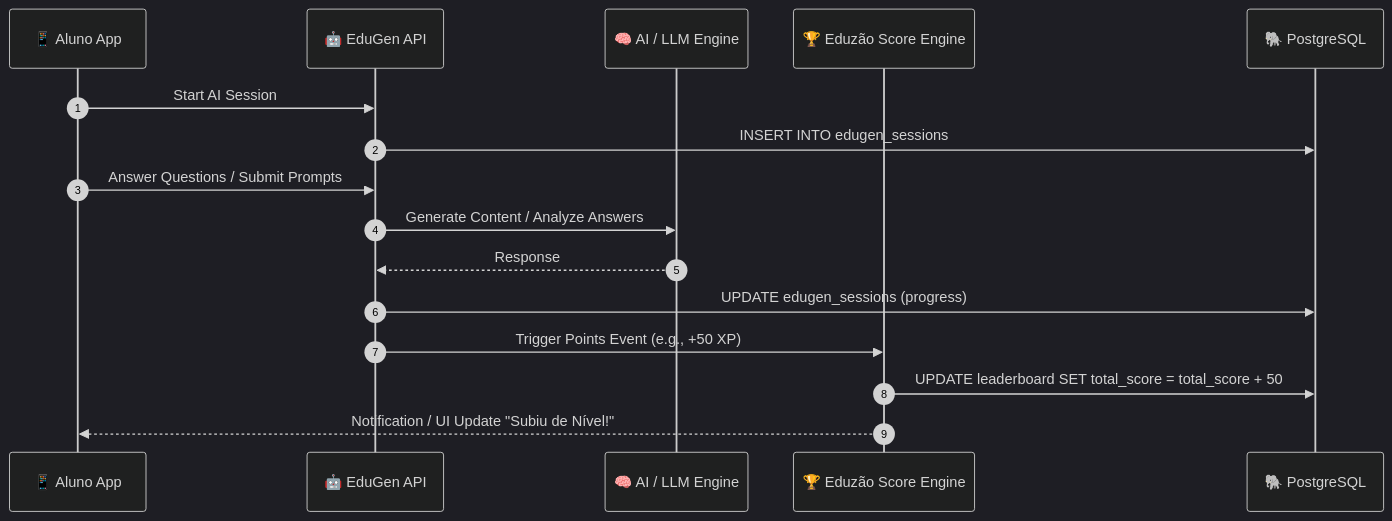
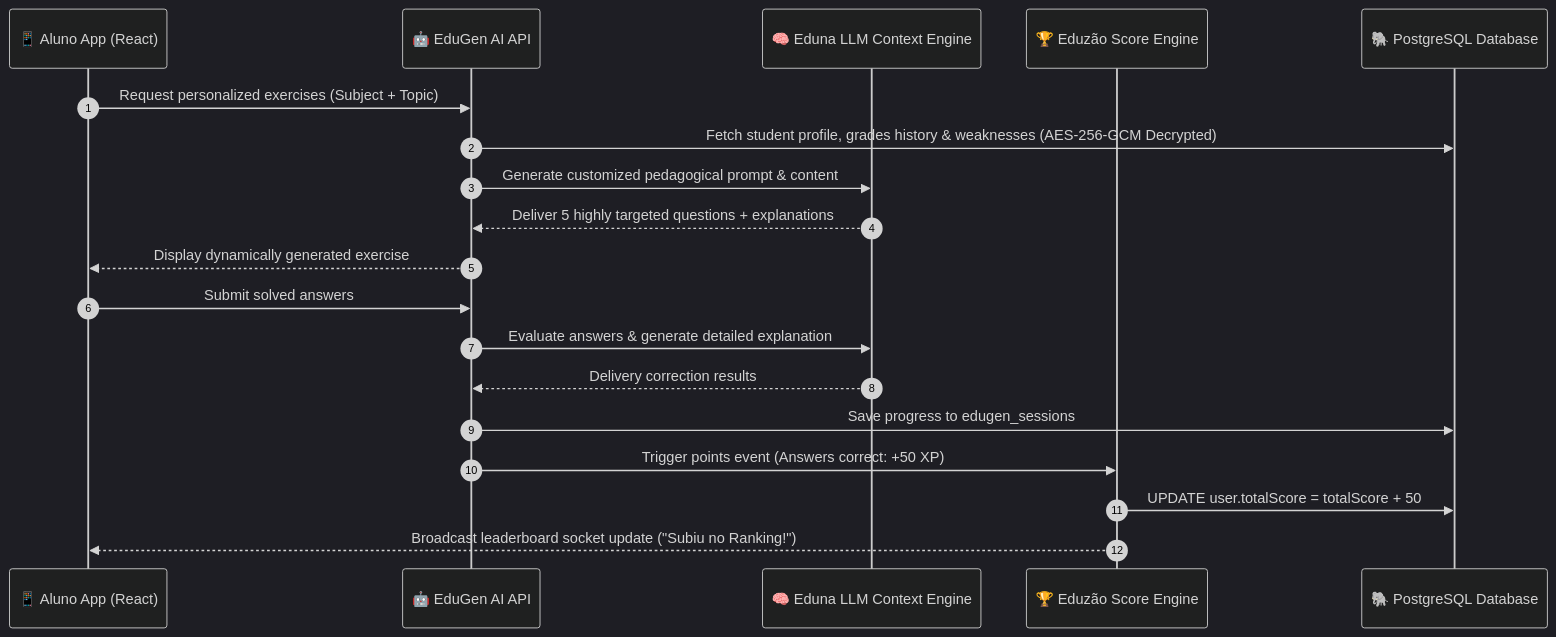
The sixth of 6 diagrams in README.md (EduTok/map), drawn with Mermaid (dark theme) before and after one commit. The commit also changed other lines of this file, not shown here.

````diff
--- a/README.md
+++ b/README.md
@@ -202,21 +268,25 @@
 ```mermaid
 sequenceDiagram
     autonumber
-    participant Aluno as 📱 Aluno App
-    participant EduGen as 🤖 EduGen API
-    participant AI as 🧠 AI / LLM Engine
-    participant Leaderboard as 🏆 Eduzão Score Engine
-    participant DB as 🐘 PostgreSQL
+    participant Aluno as 📱 Aluno App (React)
+    participant Tutor as 🤖 EduGen AI API
+    participant AI as 🧠 Eduna LLM Context Engine
+    participant Score as 🏆 Eduzão Score Engine
+    participant DB as 🐘 PostgreSQL Database
 
-    Aluno->>EduGen: Start AI Session
-    EduGen->>DB: INSERT INTO edugen_sessions
-    Aluno->>EduGen: Answer Questions / Submit Prompts
-    EduGen->>AI: Generate Content / Analyze Answers
-    AI-->>EduGen: Response
-    EduGen->>DB: UPDATE edugen_sessions (progress)
+    Aluno->>Tutor: Request personalized exercises (Subject + Topic)
+    Tutor->>DB: Fetch student profile, grades history & weaknesses (AES-256-GCM Decrypted)
+    Tutor->>AI: Generate customized pedagogical prompt & content
+    AI-->>Tutor: Deliver 5 highly targeted questions + explanations
+    Tutor-->>Aluno: Display dynamically generated exercise
     
-    %% Scoring
-    EduGen->>Leaderboard: Trigger Points Event (e.g., +50 XP)
-    Leaderboard->>DB: UPDATE leaderboard SET total_score = total_score + 50
-    Leaderboard-->>Aluno: Notification / UI Update "Subiu de Nível!"
+    Aluno->>Tutor: Submit solved answers
+    Tutor->>AI: Evaluate answers & generate detailed explanation
+    AI-->>Tutor: Delivery correction results
+    Tutor->>DB: Save progress to edugen_sessions
+    
+    %% Leaderboard update
+    Tutor->>Score: Trigger points event (Answers correct: +50 XP)
+    Score->>DB: UPDATE user.totalScore = totalScore + 50
+    Score-->>Aluno: Broadcast leaderboard socket update ("Subiu no Ranking!")
 ```
````
